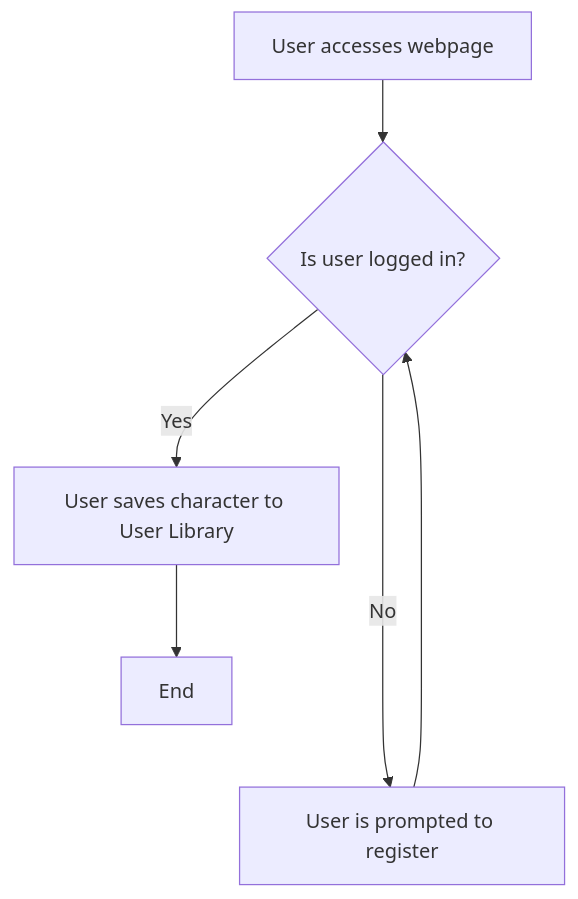
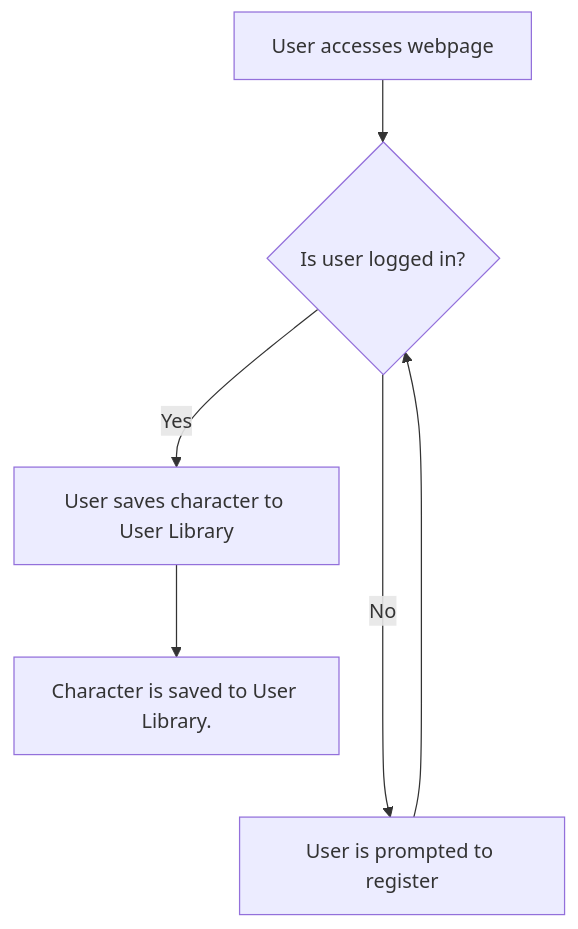
Before and after one commit to Wren00/create-an-orc: the fourth of 5 diagrams in README.md, drawn with Mermaid. The commit also changed other lines of this file, not shown here.

````diff
--- a/README.md
+++ b/README.md
@@ -579,6 +580,6 @@
 ```mermaid
 flowchart TD
 	A[User accesses webpage] --> B{Is user logged in?}
-	B -- Yes --> C[User saves character to User Library] --> E[End]
+	B -- Yes --> C[User saves character to User Library] --> E[Character is saved to User Library.]
 	B -- No ----> D[User is prompted to register] --> B
 ```
````
